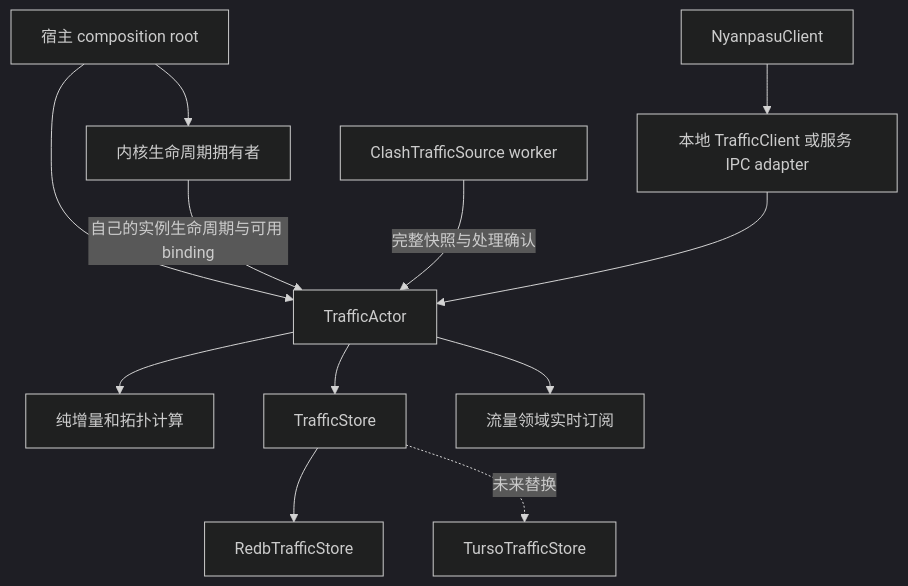
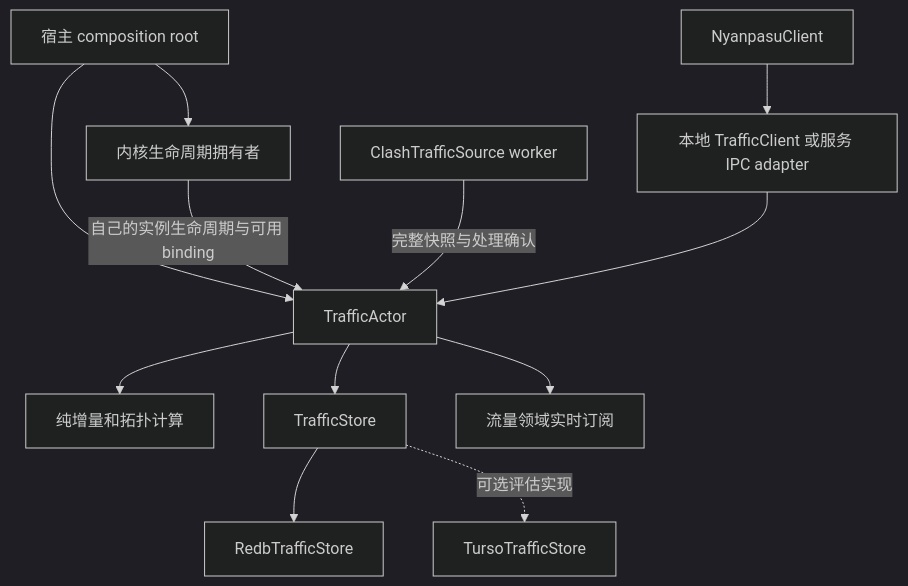
Before and after one commit to libnyanpasu/clash-nyanpasu: the diagram in docs/superpowers/specs/2026-09-30-session-traffic-accounting/design.md, drawn with Mermaid (dark theme). The commit also changed other lines of this file and 36 other files, not shown here.

````diff
--- a/docs/superpowers/specs/2026-09-30-session-traffic-accounting/design.md
+++ b/docs/superpowers/specs/2026-09-30-session-traffic-accounting/design.md
@@ -71,14 +73,14 @@
 ```mermaid
 flowchart TD
     R[宿主 composition root] --> M[内核生命周期拥有者]
     R --> T[TrafficActor]
     M -->|自己的实例生命周期与可用 binding| T
     W[ClashTrafficSource worker] -->|完整快照与处理确认| T
     T --> P[纯增量和拓扑计算]
     T --> S[TrafficStore]
     S --> D[RedbTrafficStore]
-    S -.未来替换.-> U[TursoTrafficStore]
+    S -.可选评估实现.-> U[TursoTrafficStore]
     F[NyanpasuClient] --> C[本地 TrafficClient 或服务 IPC adapter]
     C --> T
     T --> O[流量领域实时订阅]
 ```
````
